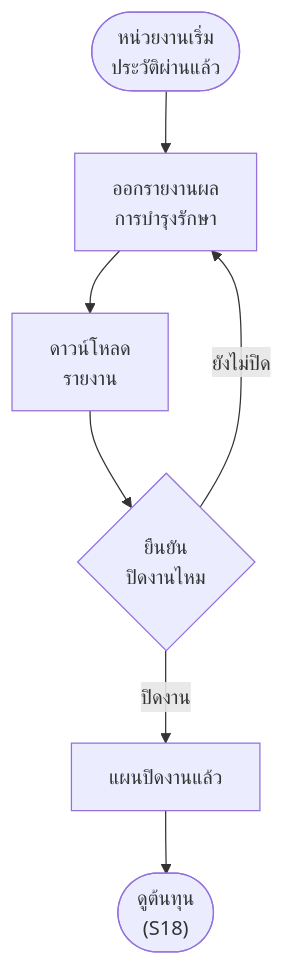
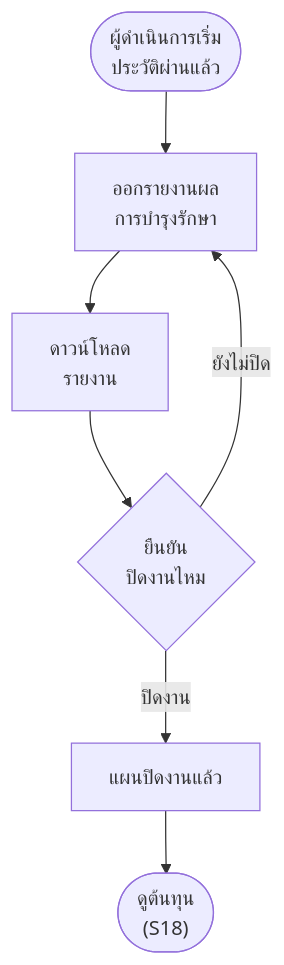
Before and after one commit to anugmail/Maintenance-Request-Form: diagram 17 of 19 in Diagram/01-บำรุงรักษาตามวาระ/27-บำรุงรักษา-flowchart-กิจกรรม.md, drawn with Mermaid. The commit also changed other lines of this file and 21 other files, not shown here.

````diff
--- a/Diagram/01-บำรุงรักษาตามวาระ/27-บำรุงรักษา-flowchart-กิจกรรม.md
+++ b/Diagram/01-บำรุงรักษาตามวาระ/27-บำรุงรักษา-flowchart-กิจกรรม.md
@@ -377,9 +364,9 @@
 ```mermaid
 flowchart TD
-    S(["หน่วยงานเริ่ม<br/>ประวัติผ่านแล้ว"]) --> A1["ออกรายงานผล<br/>การบำรุงรักษา"]
+    S(["ผู้ดำเนินการเริ่ม<br/>ประวัติผ่านแล้ว"]) --> A1["ออกรายงานผล<br/>การบำรุงรักษา"]
     A1 --> A2["ดาวน์โหลด<br/>รายงาน"]
     A2 --> Q1{"ยืนยัน<br/>ปิดงานไหม"}
     Q1 -->|ยังไม่ปิด| A1
     Q1 -->|ปิดงาน| A3["แผนปิดงานแล้ว"]
     A3 --> E(["ดูต้นทุน<br/>(S18)"])
 ```
````
